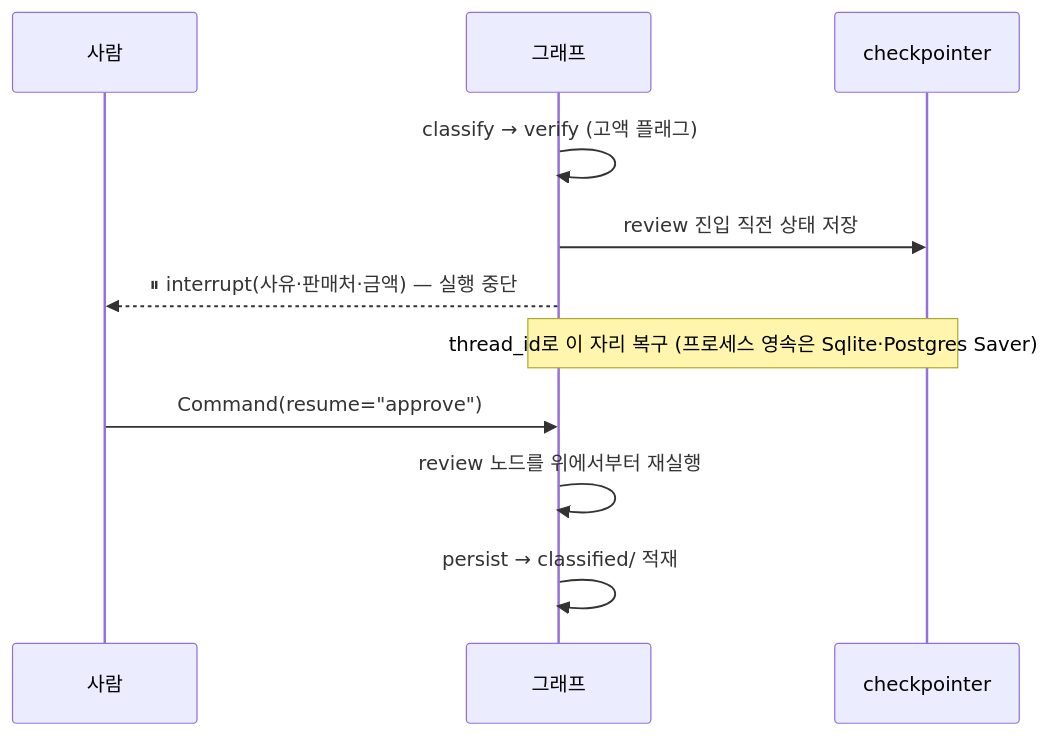
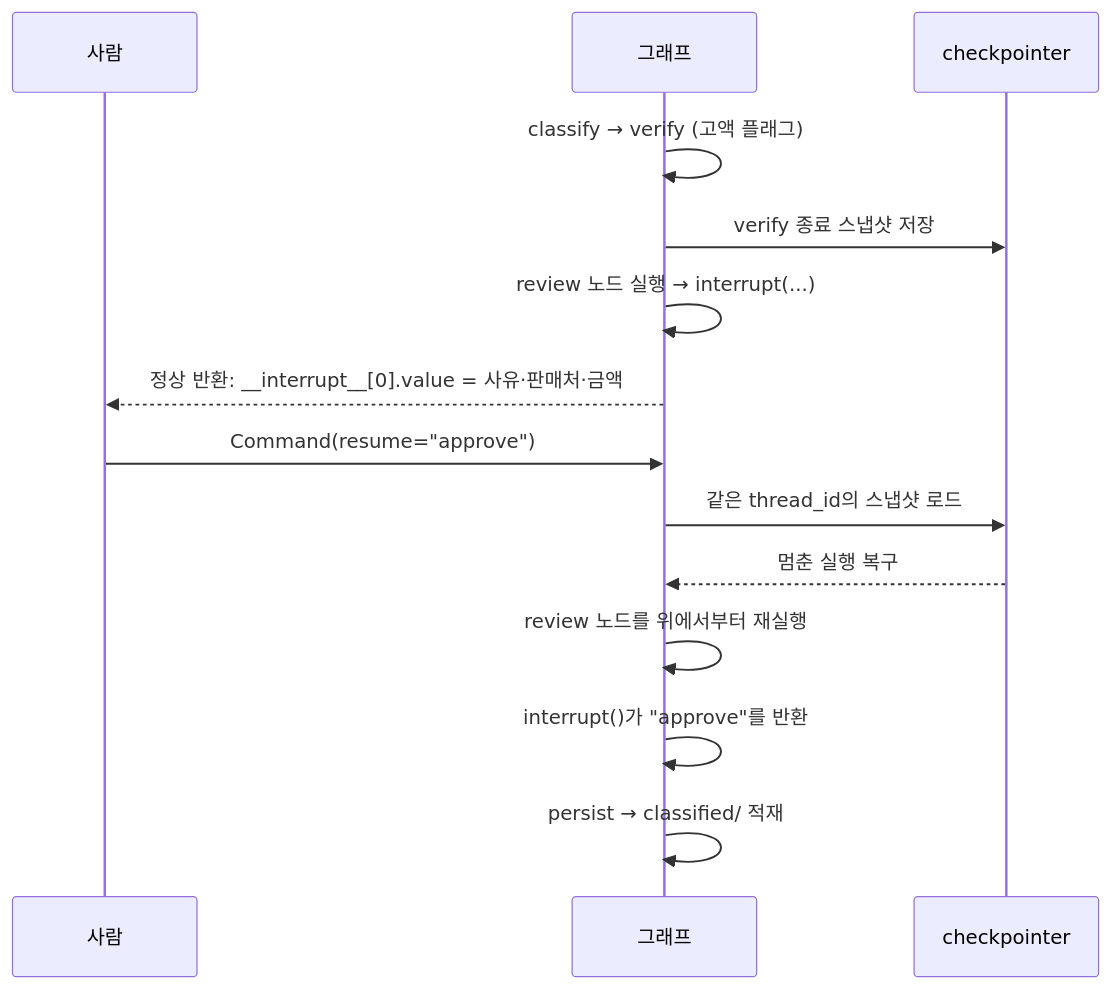
One commit to Yo-sure/deepagents-handson changed the fourth of 5 diagrams in books/md/Chapter 2. LangChain LangGraph Agent와 Harness 구조.md. Above: the diagram before and after it, drawn with Mermaid.

Commit message:
Ch2: clarify interrupt resume sequence

````diff
--- a/books/md/Chapter 2. LangChain LangGraph Agent와 Harness 구조.md
+++ b/books/md/Chapter 2. LangChain LangGraph Agent와 Harness 구조.md
@@ -422,13 +422,16 @@
 ```mermaid
 sequenceDiagram
     participant U as 사람
     participant G as 그래프
     participant CP as checkpointer
     G->>G: classify → verify (고액 플래그)
-    G->>CP: review 진입 직전 상태 저장
-    G-->>U: ⏸ interrupt(사유·판매처·금액) — 실행 중단
-    Note over G,CP: thread_id로 이 자리 복구 (프로세스 영속은 Sqlite·Postgres Saver)
+    G->>CP: verify 종료 스냅샷 저장
+    G->>G: review 노드 실행 → interrupt(...)
+    G-->>U: 정상 반환: __interrupt__[0].value = 사유·판매처·금액
     U->>G: Command(resume="approve")
+    G->>CP: 같은 thread_id의 스냅샷 로드
+    CP-->>G: 멈춘 실행 복구
     G->>G: review 노드를 위에서부터 재실행
+    G->>G: interrupt()가 "approve"를 반환
     G->>G: persist → classified/ 적재
 ```
````
